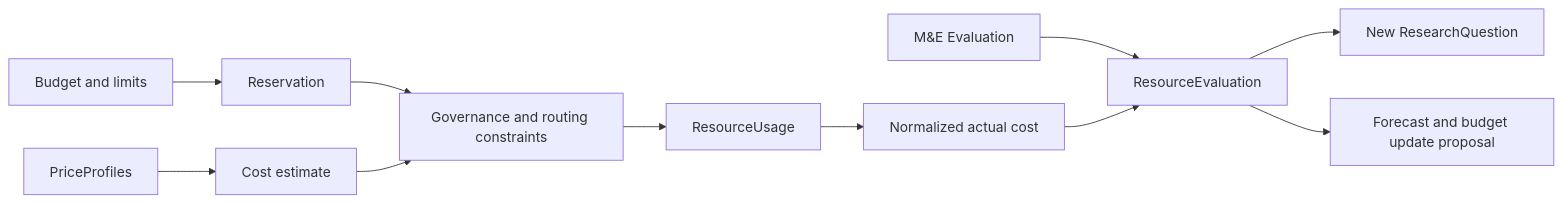
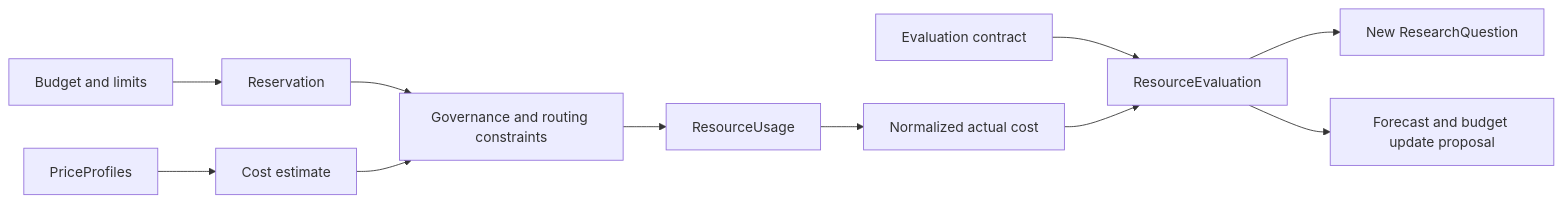
The diagram in docs/departments/finance.md (Node-Features/company-os), drawn with Mermaid before and after one commit. The commit also changed other lines of this file and 3 other files, not shown here.

````diff
--- a/docs/departments/finance.md
+++ b/docs/departments/finance.md
@@ -52,13 +52,13 @@
 ```mermaid
 flowchart LR
     Budget[Budget and limits] --> Reserve[Reservation]
     Prices[PriceProfiles] --> Estimate[Cost estimate]
     Reserve --> Gate[Governance and routing constraints]
     Estimate --> Gate
     Gate --> Usage[ResourceUsage]
     Usage --> Actual[Normalized actual cost]
-    Outcome[M&E Evaluation] --> Value[ResourceEvaluation]
+    Outcome[Evaluation contract] --> Value[ResourceEvaluation]
     Actual --> Value
     Value --> Question[New ResearchQuestion]
     Value --> Budgeting[Forecast and budget update proposal]
 ```
````
